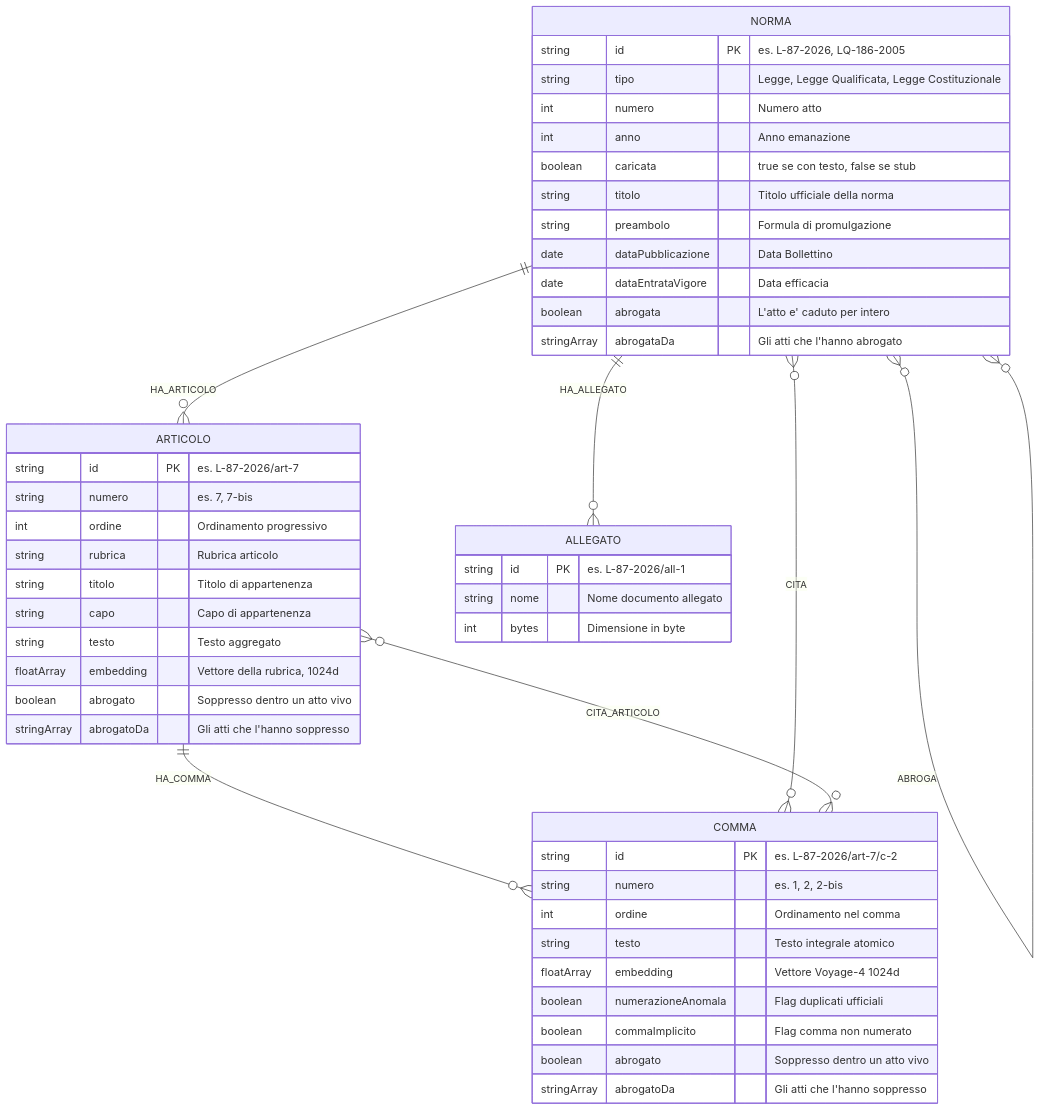
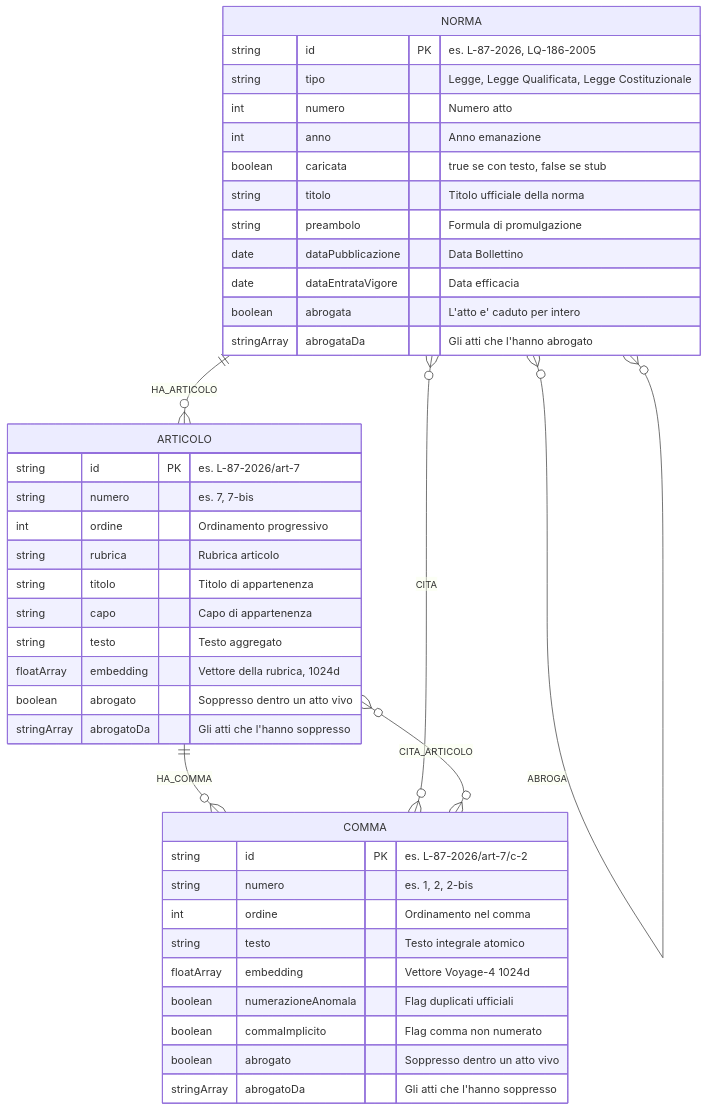
The first of 2 diagrams in docs/architettura-knowledge-graph.md (simorina/GraphResponsa), drawn with Mermaid before and after one commit. The commit also changed other lines of this file and 6 other files, not shown here.

````diff
--- a/docs/architettura-knowledge-graph.md
+++ b/docs/architettura-knowledge-graph.md
@@ -23,55 +23,49 @@
 ```mermaid
 erDiagram
     NORMA ||--o{ ARTICOLO : HA_ARTICOLO
     ARTICOLO ||--o{ COMMA : HA_COMMA
-    NORMA ||--o{ ALLEGATO : HA_ALLEGATO
     COMMA }o--o{ NORMA : CITA
     COMMA }o--o{ ARTICOLO : CITA_ARTICOLO
     NORMA }o--o{ NORMA : CITA
     NORMA }o--o{ NORMA : ABROGA
 
     NORMA {
         string id PK "es. L-87-2026, LQ-186-2005"
         string tipo "Legge, Legge Qualificata, Legge Costituzionale"
         int numero "Numero atto"
         int anno "Anno emanazione"
         boolean caricata "true se con testo, false se stub"
         string titolo "Titolo ufficiale della norma"
         string preambolo "Formula di promulgazione"
         date dataPubblicazione "Data Bollettino"
         date dataEntrataVigore "Data efficacia"
         boolean abrogata "L'atto e' caduto per intero"
         stringArray abrogataDa "Gli atti che l'hanno abrogato"
     }
 
     ARTICOLO {
         string id PK "es. L-87-2026/art-7"
         string numero "es. 7, 7-bis"
         int ordine "Ordinamento progressivo"
         string rubrica "Rubrica articolo"
         string titolo "Titolo di appartenenza"
         string capo "Capo di appartenenza"
         string testo "Testo aggregato"
         floatArray embedding "Vettore della rubrica, 1024d"
         boolean abrogato "Soppresso dentro un atto vivo"
         stringArray abrogatoDa "Gli atti che l'hanno soppresso"
     }
 
     COMMA {
         string id PK "es. L-87-2026/art-7/c-2"
         string numero "es. 1, 2, 2-bis"
         int ordine "Ordinamento nel comma"
         string testo "Testo integrale atomico"
         floatArray embedding "Vettore Voyage-4 1024d"
         boolean numerazioneAnomala "Flag duplicati ufficiali"
         boolean commaImplicito "Flag comma non numerato"
         boolean abrogato "Soppresso dentro un atto vivo"
         stringArray abrogatoDa "Gli atti che l'hanno soppresso"
     }
 
-    ALLEGATO {
-        string id PK "es. L-87-2026/all-1"
-        string nome "Nome documento allegato"
-        int bytes "Dimensione in byte"
-    }
 ```
````
